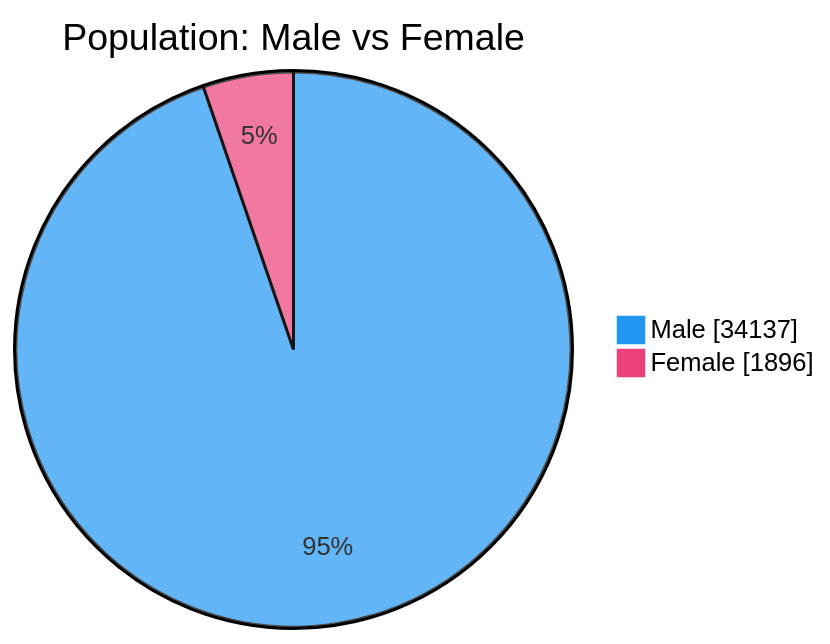
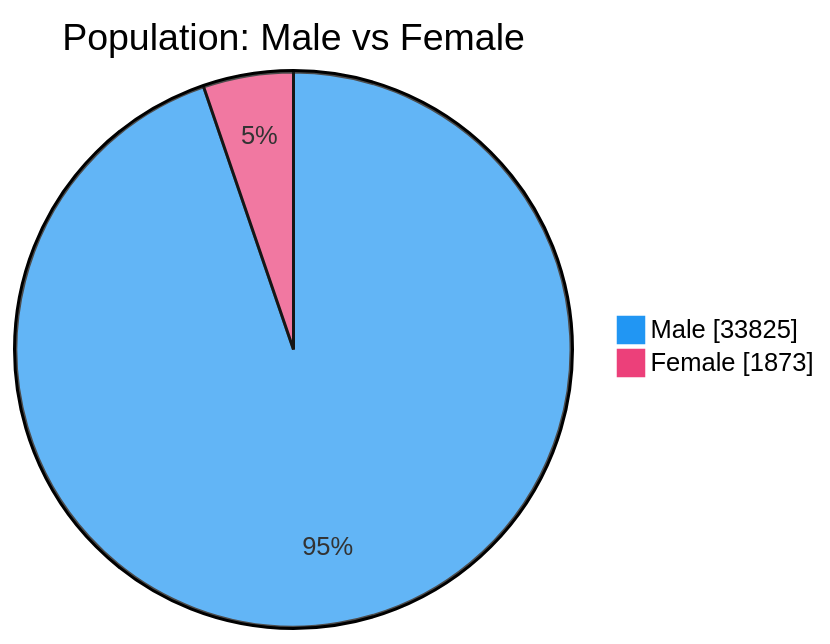
One commit to nuuuwan/lk_prisons changed the second of 7 diagrams in README.md. Above: the diagram before and after it, drawn with Mermaid. The commit also changed other lines of this file and 1 other file, not shown here.

````diff
--- a/README.md
+++ b/README.md
@@ -54,6 +54,6 @@
 ```mermaid
 %%{init: {'themeVariables': {'pie1': '#2196F3', 'pie2': '#EC407A'}}}%%
 pie showData title Population: Male vs Female
-    "Male" : 34137
-    "Female" : 1896
+    "Male" : 33825
+    "Female" : 1873
 ```
````
